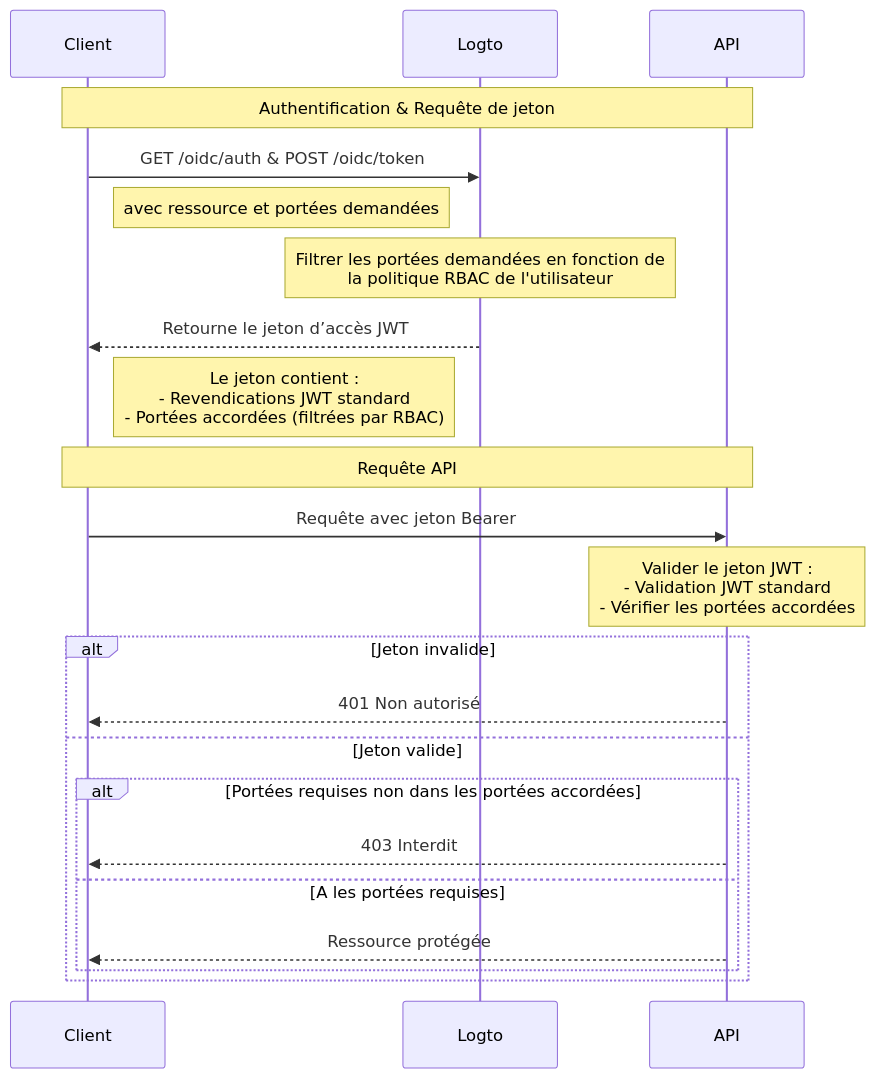
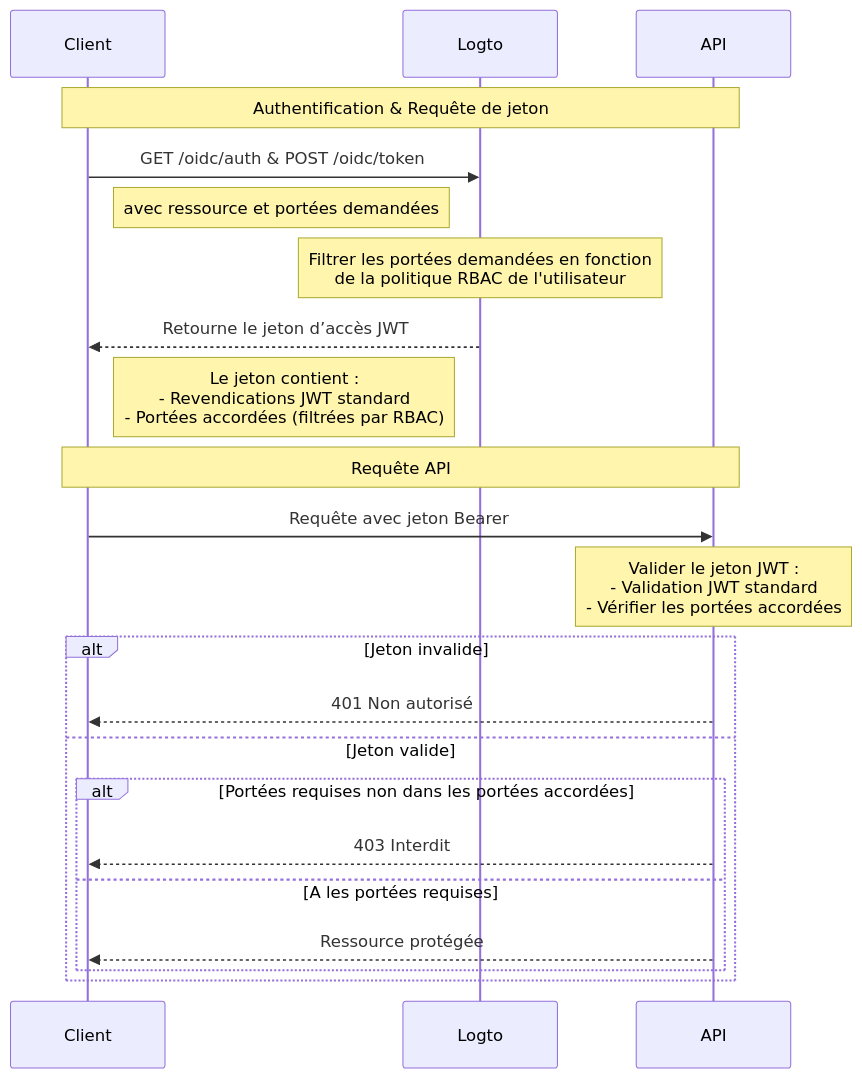
Before and after one commit to logto-io/docs: the diagram in i18n/fr/docusaurus-plugin-content-docs/current/authorization/role-based-access-control/protect-api-resources-with-rbac.mdx, drawn with Mermaid. The commit also changed other lines of this file and 234 other files, not shown here.

````diff
--- a/i18n/fr/docusaurus-plugin-content-docs/current/authorization/role-based-access-control/protect-api-resources-with-rbac.mdx
+++ b/i18n/fr/docusaurus-plugin-content-docs/current/authorization/role-based-access-control/protect-api-resources-with-rbac.mdx
@@ -13,29 +13,29 @@
 ```mermaid
 sequenceDiagram
     participant Client
     participant Logto
     participant API
 
     Note over Client,API: Authentification & Requête de jeton
     Client->>Logto: GET /oidc/auth & POST /oidc/token
     Note right of Client: avec ressource et portées demandées
 
-    Note over Logto: Filtrer les portées demandées en fonction de<br/>la politique RBAC de l'utilisateur
+    Note over Logto: Filtrer les portées demandées en fonction<br/>de la politique RBAC de l'utilisateur
     Logto-->>Client: Retourne le jeton d’accès JWT
     Note left of Logto: Le jeton contient :<br/>- Revendications JWT standard<br/>- Portées accordées (filtrées par RBAC)
 
     Note over Client,API: Requête API
     Client->>API: Requête avec jeton Bearer
 
     Note over API: Valider le jeton JWT :<br/>- Validation JWT standard<br/>- Vérifier les portées accordées
 
     alt Jeton invalide
         API-->>Client: 401 Non autorisé
     else Jeton valide
         alt Portées requises non dans les portées accordées
             API-->>Client: 403 Interdit
         else A les portées requises
             API-->>Client: Ressource protégée
         end
     end
 ```
````
